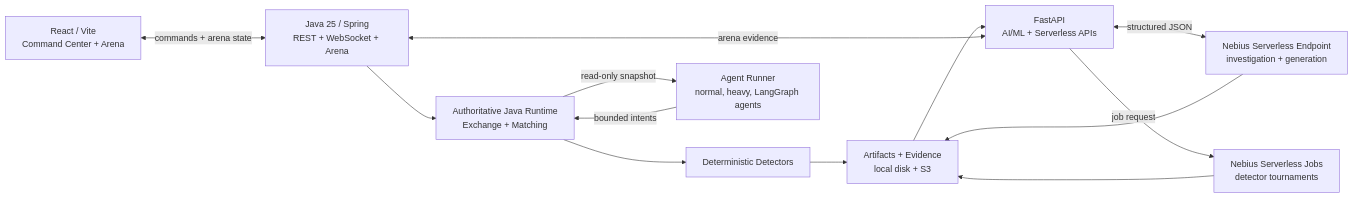
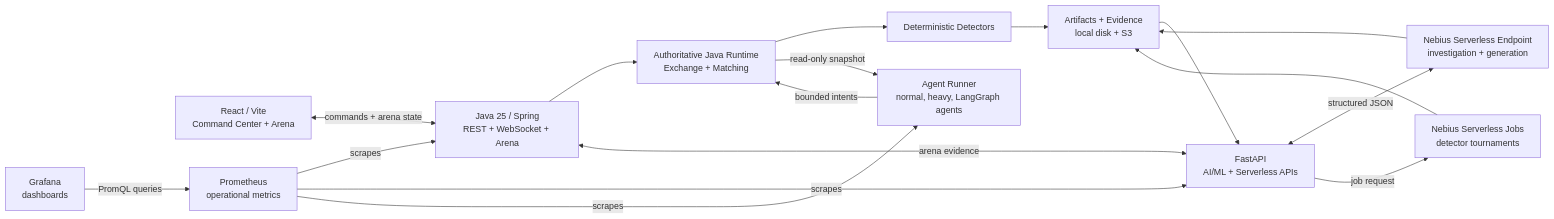
One commit to khab40/aimada changed the diagram in README.md. Above: the diagram before and after it, drawn with Mermaid. The commit also changed other lines of this file and 7 other files, not shown here.

Commit message:
docs: explain Prometheus and Grafana observability

````diff
--- a/README.md
+++ b/README.md
@@ -51,25 +51,31 @@
 ```mermaid
 flowchart LR
     UI["React / Vite<br/>Command Center + Arena"]
     Java["Java 25 / Spring<br/>REST + WebSocket + Arena"]
     API["FastAPI<br/>AI/ML + Serverless APIs"]
     Runtime["Authoritative Java Runtime<br/>Exchange + Matching"]
     Detectors["Deterministic Detectors"]
     Runner["Agent Runner<br/>normal, heavy, LangGraph agents"]
     Endpoint["Nebius Serverless Endpoint<br/>investigation + generation"]
     Jobs["Nebius Serverless Jobs<br/>detector tournaments"]
     Store["Artifacts + Evidence<br/>local disk + S3"]
+    Prometheus["Prometheus<br/>operational metrics"]
+    Grafana["Grafana<br/>dashboards"]
 
     UI <-->|commands + arena state| Java
     Java --> Runtime
     Runtime --> Detectors
     Runtime -->|read-only snapshot| Runner
     Runner -->|bounded intents| Runtime
     API <-->|arena evidence| Java
     API <-->|structured JSON| Endpoint
     API -->|job request| Jobs
     Detectors --> Store
     Endpoint --> Store
     Jobs --> Store
     Store --> API
+    Prometheus -->|scrapes| Java
+    Prometheus -->|scrapes| API
+    Prometheus -->|scrapes| Runner
+    Grafana -->|PromQL queries| Prometheus
 ```
````
